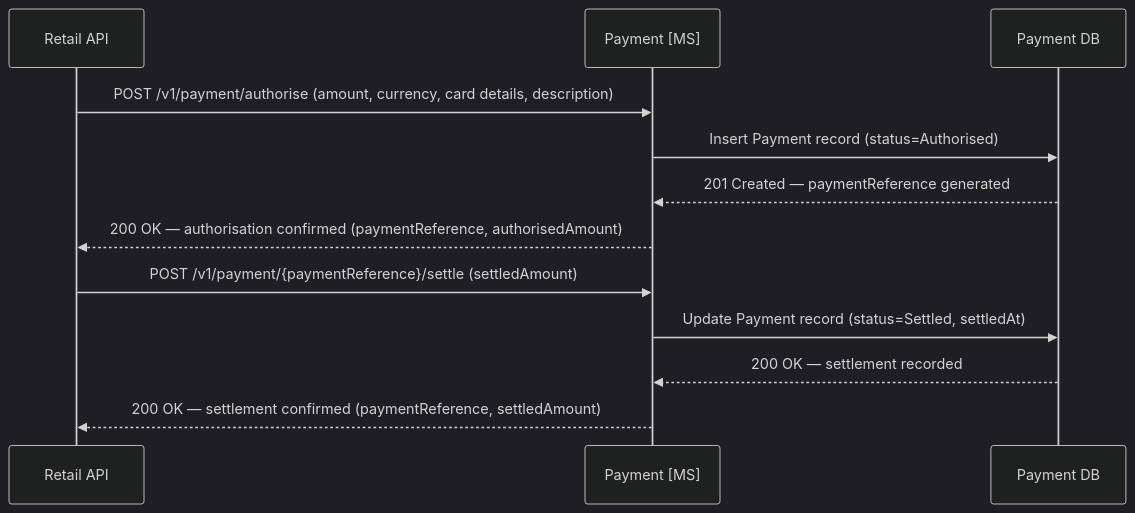
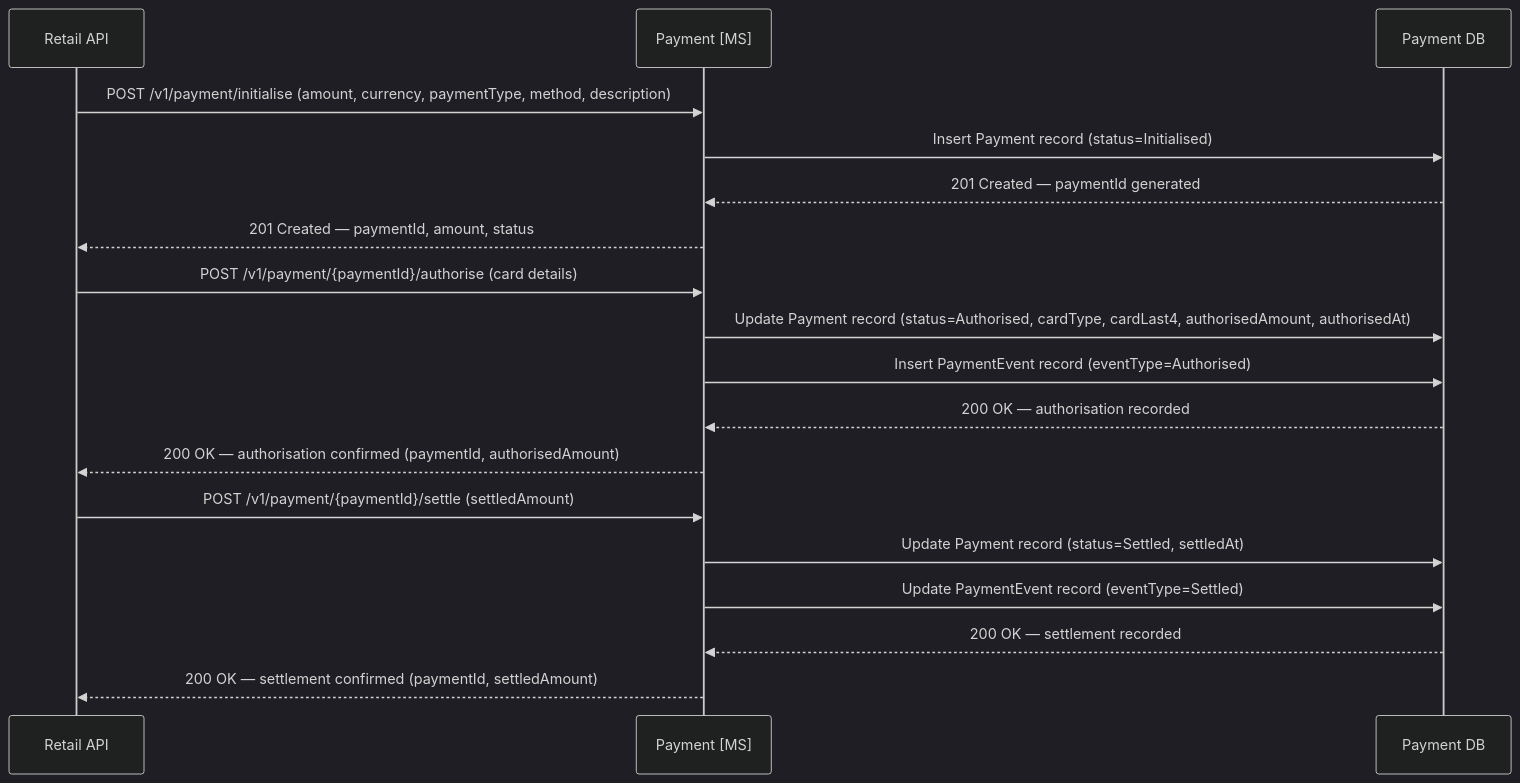
Before and after one commit to sebharvey/airline-reservation-system: the first of 2 diagrams in documentation/design/payment.md, drawn with Mermaid (dark theme). The commit also changed other lines of this file and 30 other files, not shown here.

First line of the commit message:
Add initialise and void operations to Payment API, remove PaymentReference

````diff
--- a/documentation/design/payment.md
+++ b/documentation/design/payment.md
@@ -17,16 +20,23 @@
 ```mermaid
 sequenceDiagram
     participant RetailAPI as Retail API
     participant PaymentMS as Payment [MS]
     participant PaymentDB as Payment DB
 
-    RetailAPI->>PaymentMS: POST /v1/payment/authorise (amount, currency, card details, description)
-    PaymentMS->>PaymentDB: Insert Payment record (status=Authorised)
-    PaymentDB-->>PaymentMS: 201 Created — paymentReference generated
-    PaymentMS-->>RetailAPI: 200 OK — authorisation confirmed (paymentReference, authorisedAmount)
+    RetailAPI->>PaymentMS: POST /v1/payment/initialise (amount, currency, paymentType, method, description)
+    PaymentMS->>PaymentDB: Insert Payment record (status=Initialised)
+    PaymentDB-->>PaymentMS: 201 Created — paymentId generated
+    PaymentMS-->>RetailAPI: 201 Created — paymentId, amount, status
 
-    RetailAPI->>PaymentMS: POST /v1/payment/{paymentReference}/settle (settledAmount)
+    RetailAPI->>PaymentMS: POST /v1/payment/{paymentId}/authorise (card details)
+    PaymentMS->>PaymentDB: Update Payment record (status=Authorised, cardType, cardLast4, authorisedAmount, authorisedAt)
+    PaymentMS->>PaymentDB: Insert PaymentEvent record (eventType=Authorised)
+    PaymentDB-->>PaymentMS: 200 OK — authorisation recorded
+    PaymentMS-->>RetailAPI: 200 OK — authorisation confirmed (paymentId, authorisedAmount)
+
+    RetailAPI->>PaymentMS: POST /v1/payment/{paymentId}/settle (settledAmount)
     PaymentMS->>PaymentDB: Update Payment record (status=Settled, settledAt)
+    PaymentMS->>PaymentDB: Update PaymentEvent record (eventType=Settled)
     PaymentDB-->>PaymentMS: 200 OK — settlement recorded
-    PaymentMS-->>RetailAPI: 200 OK — settlement confirmed (paymentReference, settledAmount)
+    PaymentMS-->>RetailAPI: 200 OK — settlement confirmed (paymentId, settledAmount)
 ```
````
